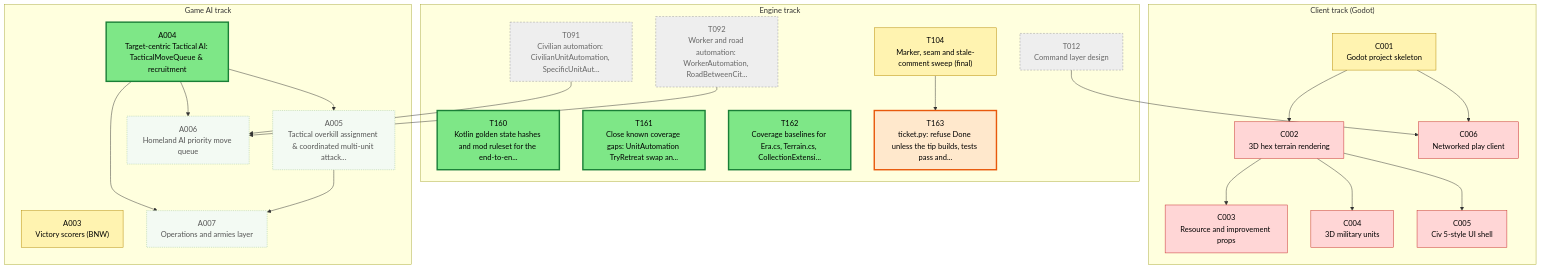
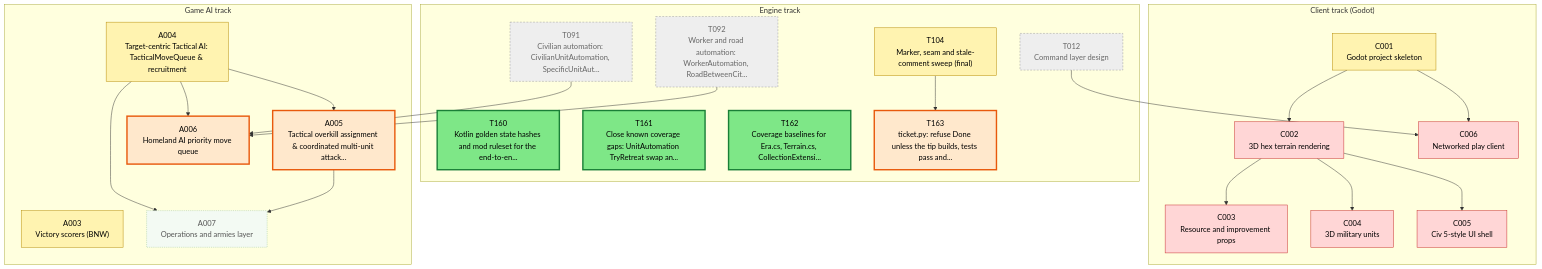
One commit to Kenmura/Unciv changed the first of 2 diagrams in csharp/migration/DEPENDENCY_MAP.md. Above: the diagram before and after it, drawn with Mermaid. The commit also changed other lines of this file and 1 other file, not shown here.

````diff
--- a/csharp/migration/DEPENDENCY_MAP.md
+++ b/csharp/migration/DEPENDENCY_MAP.md
@@ -15,67 +15,67 @@
 ```mermaid
 flowchart TD
   subgraph TTRACK["Engine track"]
     T012["T012<br/>Command layer design"]
     T091["T091<br/>Civilian automation: CivilianUnitAutomation, SpecificUnitAut..."]
     T092["T092<br/>Worker and road automation: WorkerAutomation, RoadBetweenCit..."]
     T104["T104<br/>Marker, seam and stale-comment sweep (final)"]
     T160["T160<br/>Kotlin golden state hashes and mod ruleset for the end-to-en..."]
     T161["T161<br/>Close known coverage gaps: UnitAutomation TryRetreat swap an..."]
     T162["T162<br/>Coverage baselines for Era.cs, Terrain.cs, CollectionExtensi..."]
     T163["T163<br/>ticket.py: refuse Done unless the tip builds, tests pass and..."]
   end
   subgraph CTRACK["Client track (Godot)"]
     C001["C001<br/>Godot project skeleton"]
     C002["C002<br/>3D hex terrain rendering"]
     C003["C003<br/>Resource and improvement props"]
     C004["C004<br/>3D military units"]
     C005["C005<br/>Civ 5-style UI shell"]
     C006["C006<br/>Networked play client"]
   end
   subgraph ATRACK["Game AI track"]
     A003["A003<br/>Victory scorers (BNW)"]
     A004["A004<br/>Target-centric Tactical AI: TacticalMoveQueue & recruitment"]
     A005["A005<br/>Tactical overkill assignment & coordinated multi-unit attack..."]
     A006["A006<br/>Homeland AI priority move queue"]
     A007["A007<br/>Operations and armies layer"]
   end
   T104 --> T163
   C001 --> C002
   C002 --> C003
   C002 --> C004
   C002 --> C005
   T012 --> C006
   C001 --> C006
   A004 --> A005
   A004 --> A006
   T091 --> A006
   T092 --> A006
   A004 --> A007
   A005 --> A007
   classDef waiting fill:#f3faf3,stroke:#9bc49b,color:#555,stroke-dasharray:2 2
   classDef ondeck fill:#ffe8cc,stroke:#e8590c,stroke-width:3px,color:#000
   classDef ready fill:#7ee787,stroke:#1a7f37,stroke-width:3px,color:#000
   classDef prog fill:#fff3b0,stroke:#b58900,color:#000
   classDef review fill:#cfe4ff,stroke:#1f6feb,color:#000
   classDef blocked fill:#ffd6d6,stroke:#c62828,color:#000
   classDef done fill:#eeeeee,stroke:#999999,color:#666,stroke-dasharray:4 3
   class A003 prog
-  class A004 ready
-  class A005 waiting
-  class A006 waiting
+  class A004 prog
+  class A005 ondeck
+  class A006 ondeck
   class A007 waiting
   class C001 prog
   class C002 blocked
   class C003 blocked
   class C004 blocked
   class C005 blocked
   class C006 blocked
   class T012 done
   class T091 done
   class T092 done
   class T104 prog
   class T160 ready
   class T161 ready
   class T162 ready
   class T163 ondeck
 ```
````
